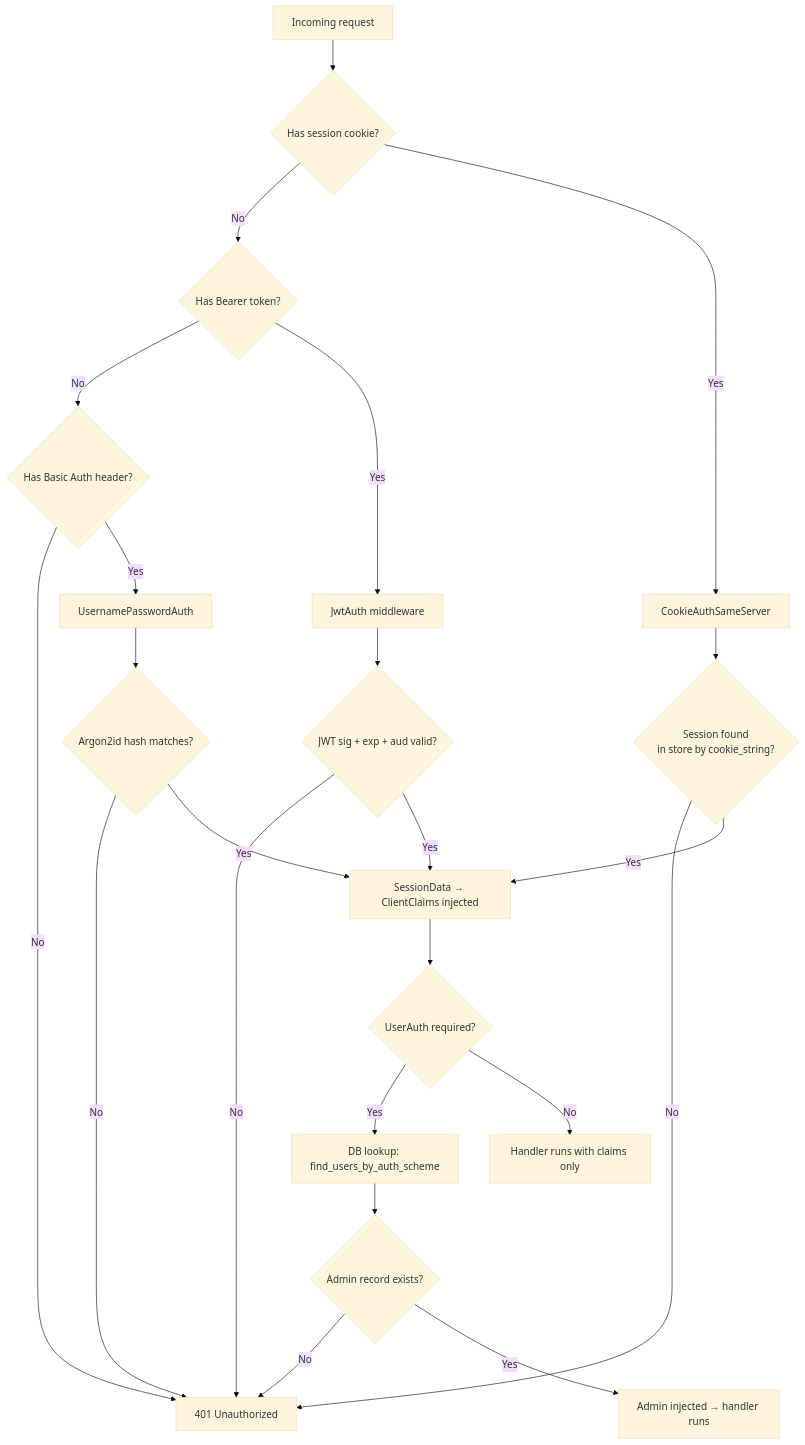
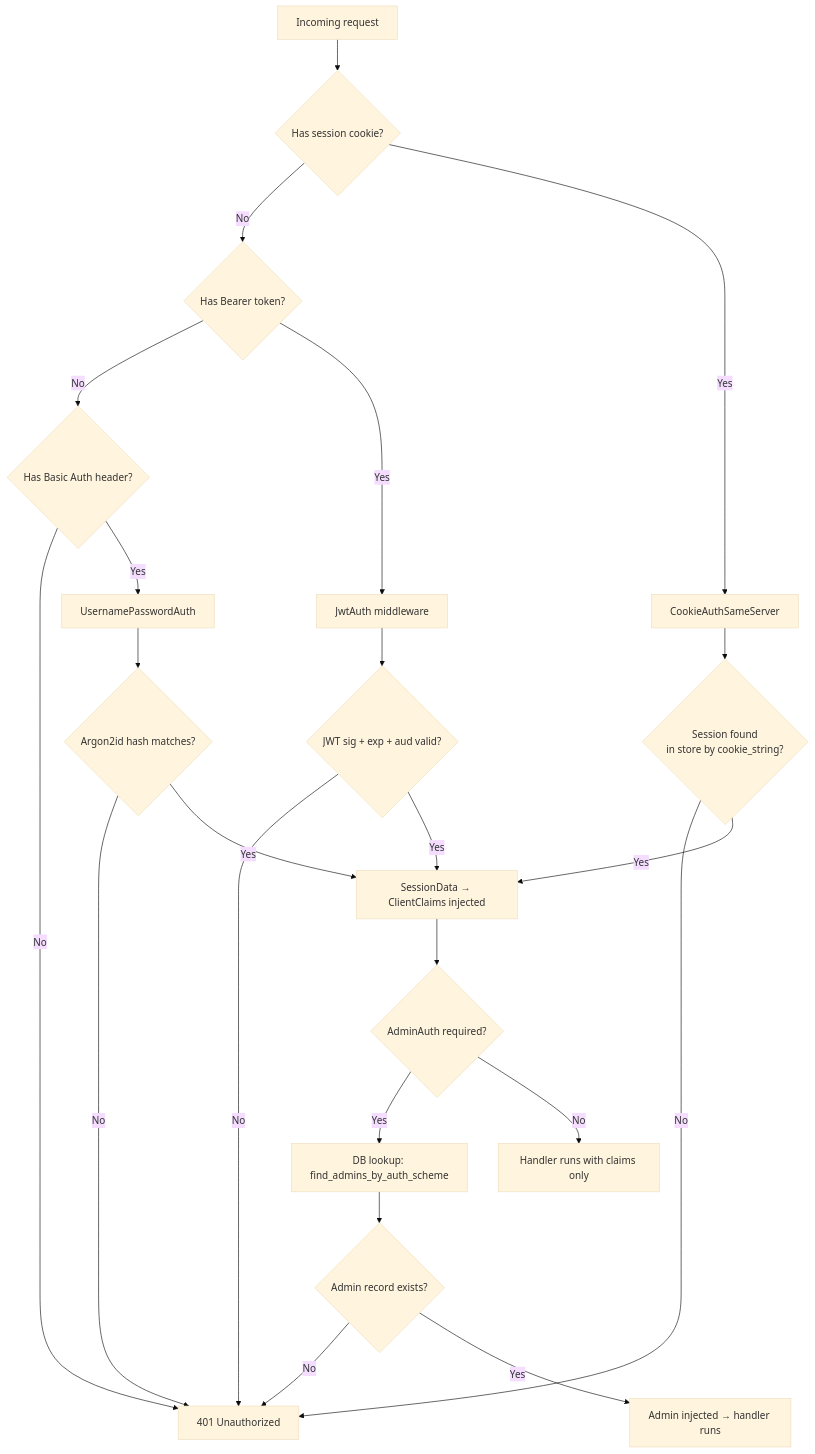
One commit to Cosmian/authentication changed the eighth of 8 diagrams in server/documentation/authentication_flows.md. Above: the diagram before and after it, drawn with Mermaid (base theme).

````diff
--- a/server/documentation/authentication_flows.md
+++ b/server/documentation/authentication_flows.md
@@ -334,26 +334,26 @@
 ```mermaid
 flowchart TD
     A[Incoming request] --> B{Has session cookie?}
     B -- No --> C{Has Bearer token?}
     B -- Yes --> D[CookieAuthSameServer]
     D --> G{Session found\nin store by cookie_string?}
     G -- No --> F[401 Unauthorized]
     G -- Yes --> H[SessionData → ClientClaims injected]
-    H --> I{UserAuth required?}
-    I -- Yes --> J[DB lookup: find_users_by_auth_scheme]
+    H --> I{AdminAuth required?}
+    I -- Yes --> J[DB lookup: find_admins_by_auth_scheme]
     J --> K{Admin record exists?}
     K -- No --> F
     K -- Yes --> L[Admin injected → handler runs]
     I -- No --> M[Handler runs with claims only]
 
     C -- No --> N{Has Basic Auth header?}
     C -- Yes --> O[JwtAuth middleware]
     O --> P{JWT sig + exp + aud valid?}
     P -- No --> F
     P -- Yes --> H
     N -- No --> F
     N -- Yes --> Q[UsernamePasswordAuth]
     Q --> R{Argon2id hash matches?}
     R -- No --> F
     R -- Yes --> H
 ```
````
